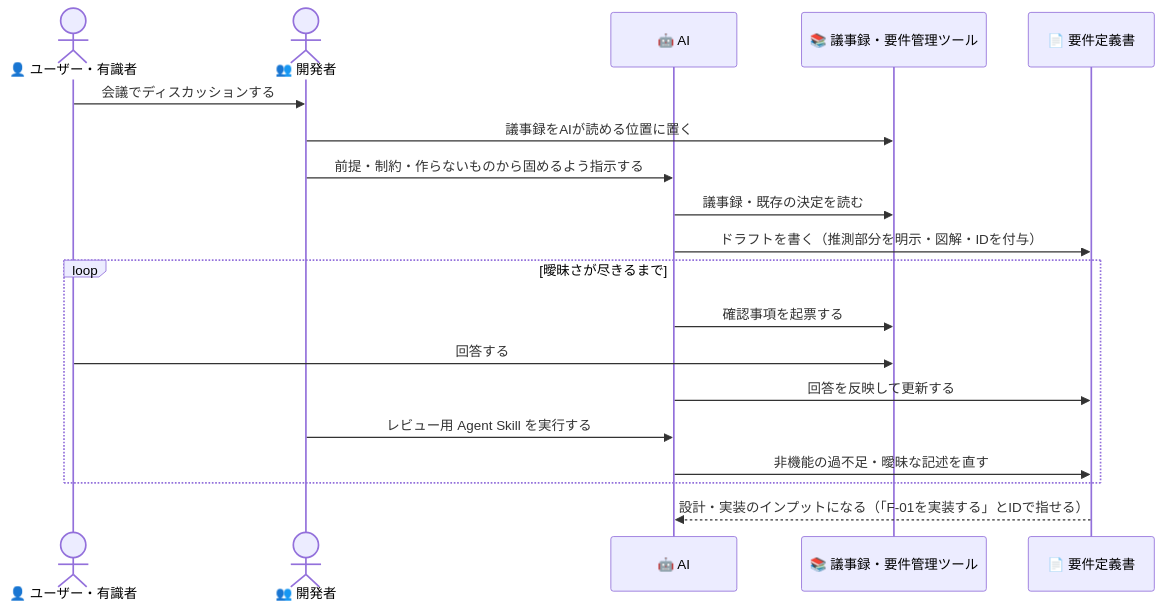
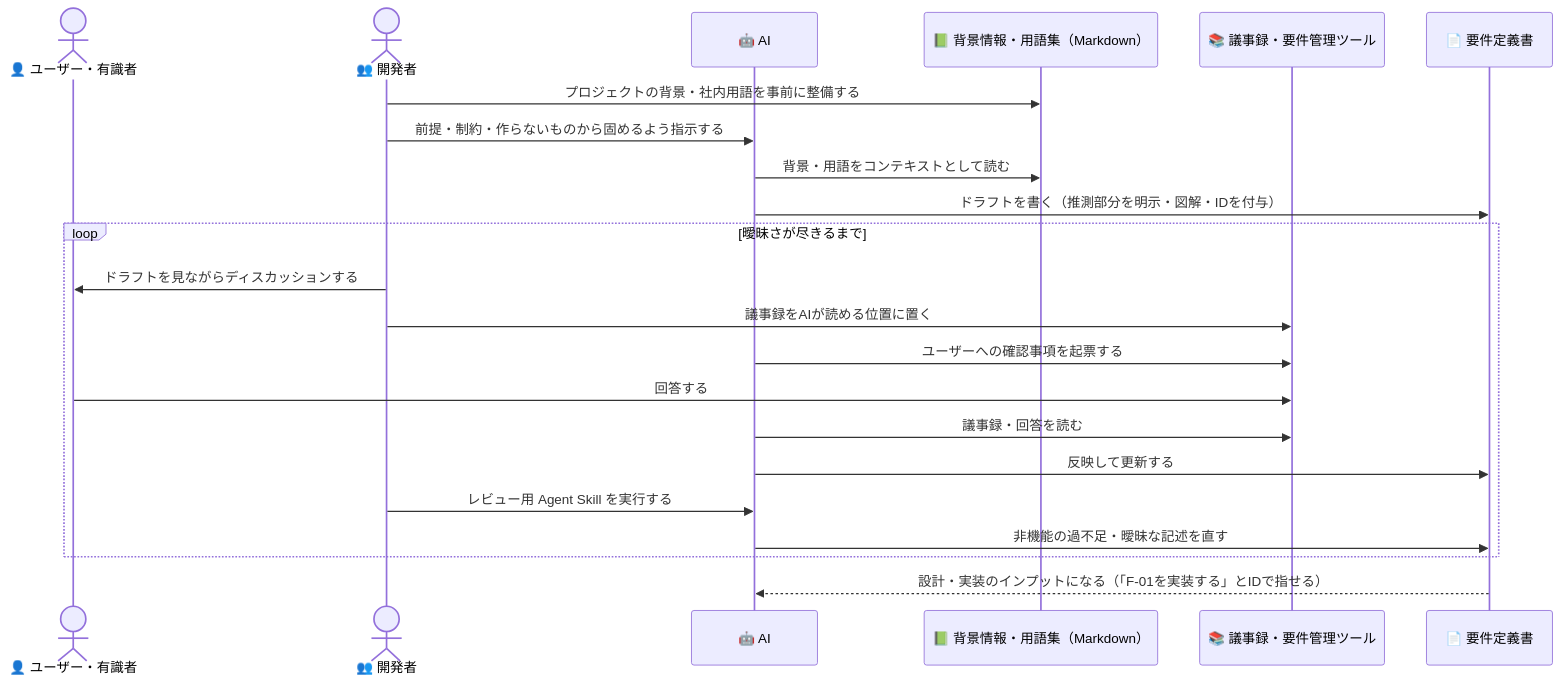
The third of 3 diagrams in docs/guide/ai-requirement-guide.md (kasiopeiya/claude-dev-template), drawn with Mermaid before and after one commit. The commit also changed other lines of this file, not shown here.

````diff
--- a/docs/guide/ai-requirement-guide.md
+++ b/docs/guide/ai-requirement-guide.md
@@ -89,24 +132,27 @@
 ```mermaid
 sequenceDiagram
     actor U as 👤 ユーザー・有識者
     actor D as 👥 開発者
     participant AI as 🤖 AI
+    participant B as 📗 背景情報・用語集（Markdown）
     participant K as 📚 議事録・要件管理ツール
     participant R as 📄 要件定義書
 
-    U->>D: 会議でディスカッションする
-    D->>K: 議事録をAIが読める位置に置く
+    D->>B: プロジェクトの背景・社内用語を事前に整備する
     D->>AI: 前提・制約・作らないものから固めるよう指示する
-    AI->>K: 議事録・既存の決定を読む
+    AI->>B: 背景・用語をコンテキストとして読む
     AI->>R: ドラフトを書く（推測部分を明示・図解・IDを付与）
 
     loop 曖昧さが尽きるまで
-        AI->>K: 確認事項を起票する
+        D->>U: ドラフトを見ながらディスカッションする
+        D->>K: 議事録をAIが読める位置に置く
+        AI->>K: ユーザーへの確認事項を起票する
         U->>K: 回答する
-        AI->>R: 回答を反映して更新する
+        AI->>K: 議事録・回答を読む
+        AI->>R: 反映して更新する
         D->>AI: レビュー用 Agent Skill を実行する
         AI->>R: 非機能の過不足・曖昧な記述を直す
     end
 
     R-->>AI: 設計・実装のインプットになる（「F-01を実装する」とIDで指せる）
 ```
````
